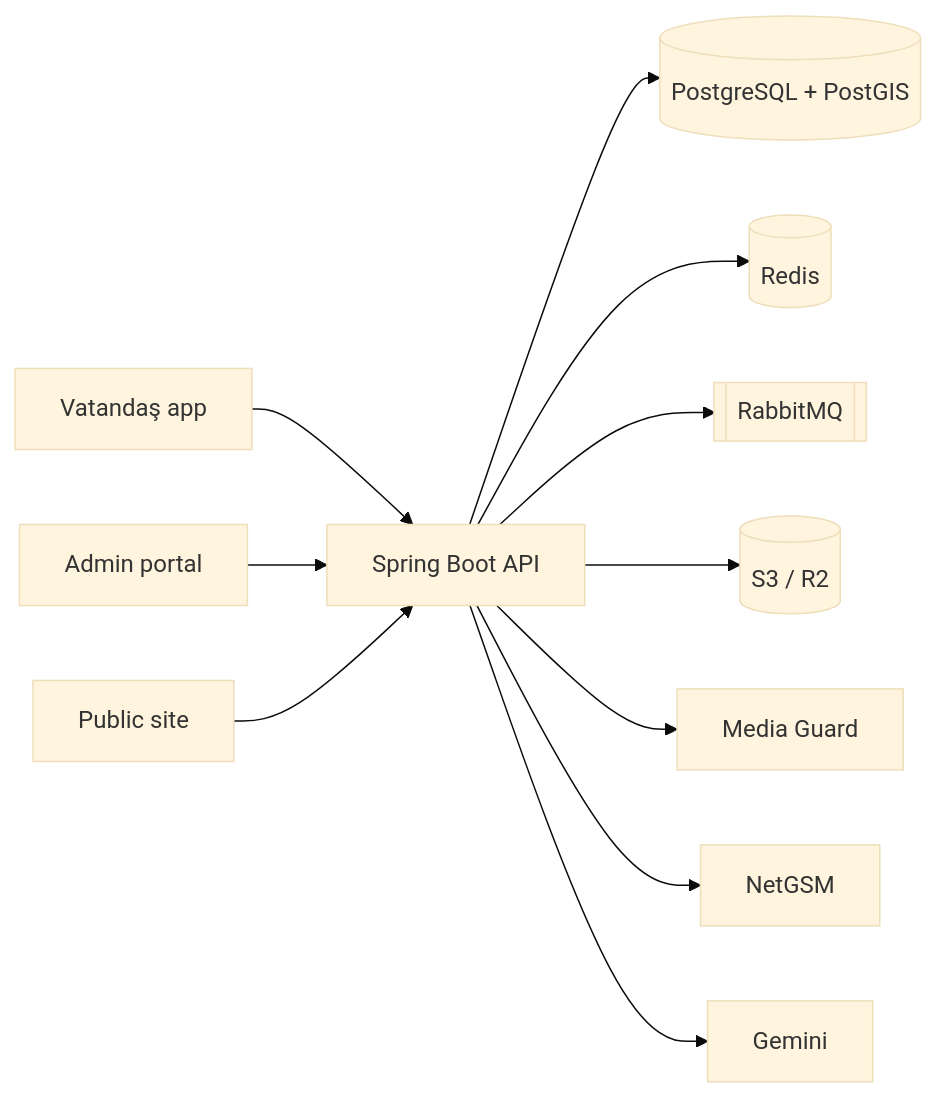
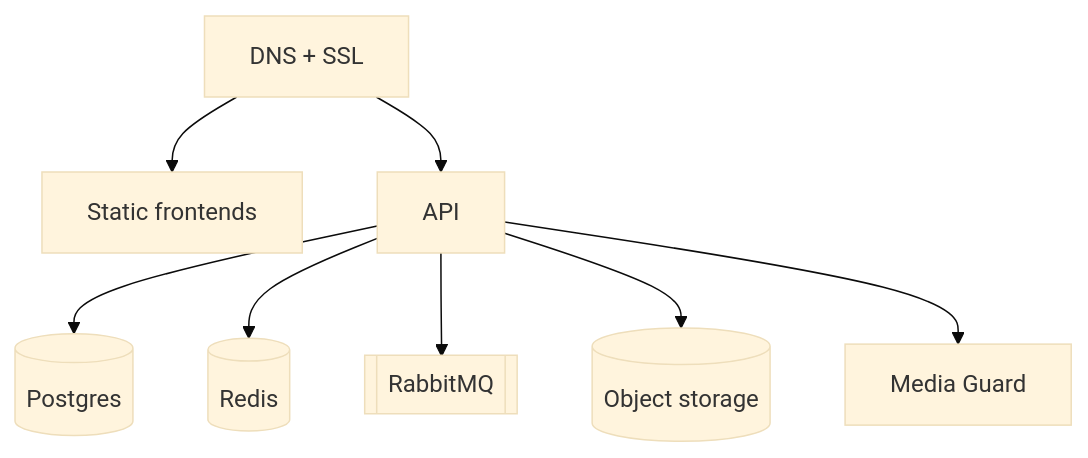
The diagram in README.md (BurakAktas05/kentiva), drawn with Mermaid (base theme) before and after one commit. The commit also changed other lines of this file and 80 other files, not shown here.

First line of the commit message:
Prepare Kentiva for production handoff: harden core flows, drop v2 social ads and tunnel clutter, and document multi-vendor deploy with idle cost estimates.

````diff
--- a/README.md
+++ b/README.md
@@ -97,13 +62,10 @@
 ```mermaid
-flowchart LR
-  C[Vatandaş app] --> API[Spring Boot API]
-  A[Admin portal] --> API
-  P[Public site] --> API
-  API --> PG[(PostgreSQL + PostGIS)]
-  API --> R[(Redis)]
-  API --> Q[[RabbitMQ]]
-  API --> S3[(S3 / R2)]
+flowchart TB
+  DNS[DNS + SSL] --> FE[Static frontends]
+  DNS --> API[API]
+  API --> PG[(Postgres)]
+  API --> RD[(Redis)]
+  API --> MQ[[RabbitMQ]]
+  API --> OBJ[(Object storage)]
   API --> MG[Media Guard]
-  API --> SMS[NetGSM]
-  API --> AI[Gemini]
 ```
````
